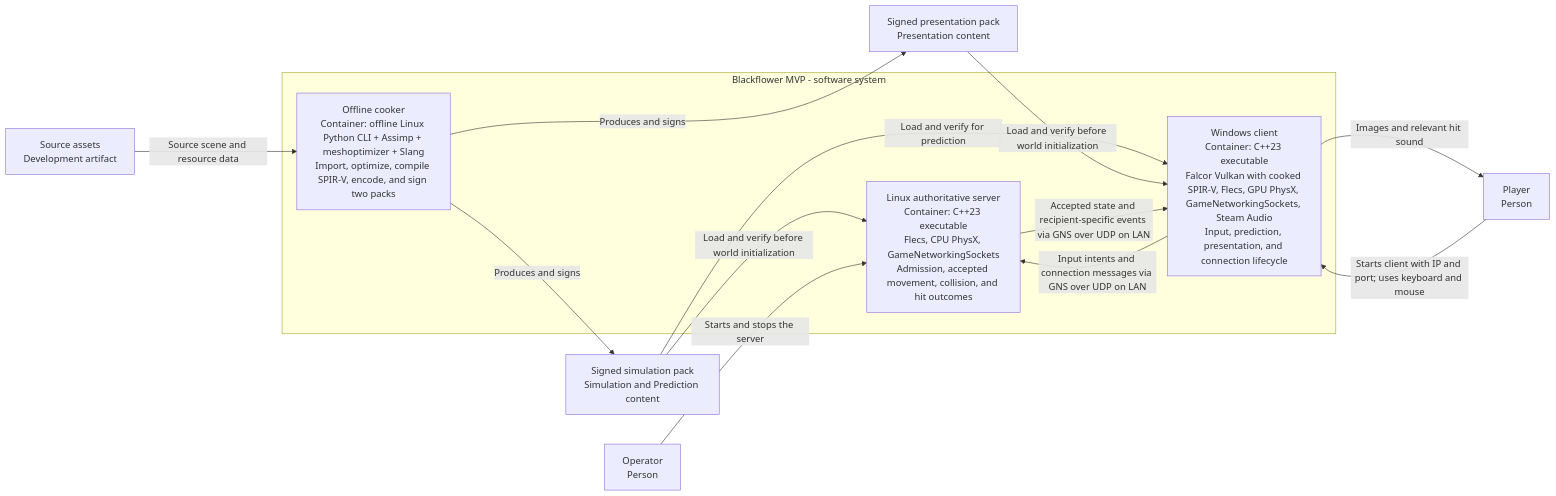
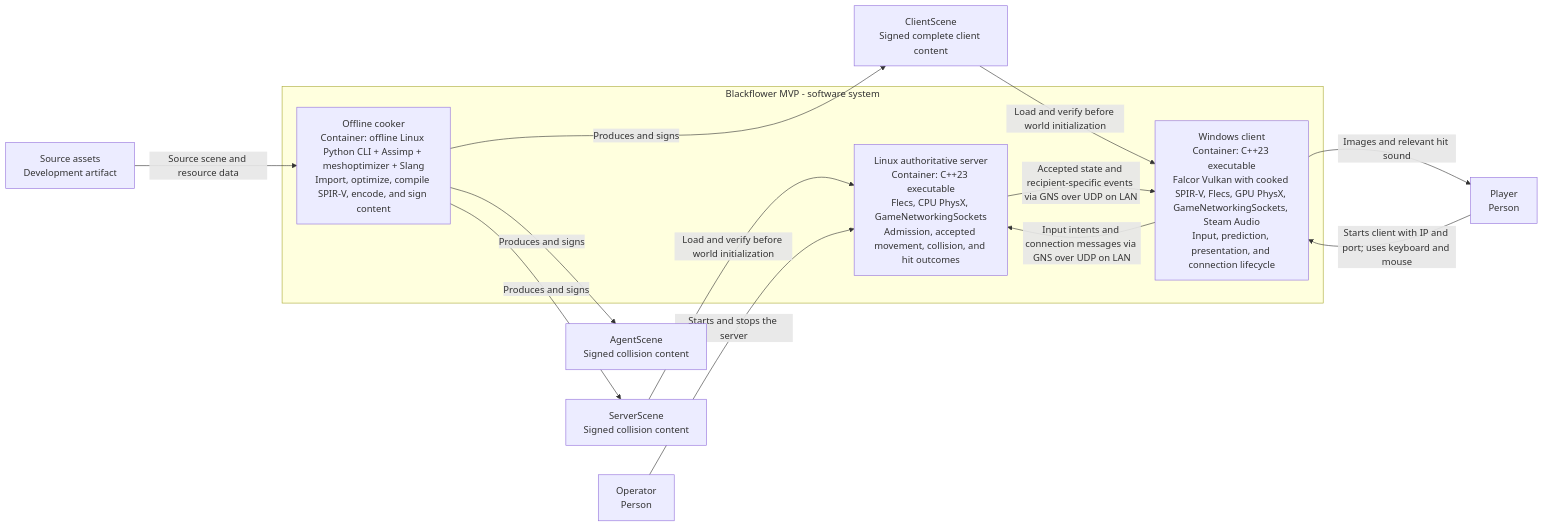
Before and after one commit to sergioffpc/blackflower: the second of 5 diagrams in docs/c4.md, drawn with Mermaid. The commit also changed other lines of this file and 35 other files, not shown here.

First line of the commit message:
feat(content)!: introduce typed server agent and client scenes

````diff
--- a/docs/c4.md
+++ b/docs/c4.md
@@ -56,24 +56,25 @@
 ```mermaid
 flowchart LR
     operator["Operator<br/>Person"]
     player["Player<br/>Person"]
     source["Source assets<br/>Development artifact"]
-    presentationPack["Signed presentation pack<br/>Presentation content"]
-    simulationPack["Signed simulation pack<br/>Simulation and Prediction content"]
+    serverScene["ServerScene<br/>Signed collision content"]
+    agentScene["AgentScene<br/>Signed collision content"]
+    clientScene["ClientScene<br/>Signed complete client content"]
     subgraph blackflower["Blackflower MVP - software system"]
-        cooker["Offline cooker<br/>Container: offline Linux Python CLI + Assimp + meshoptimizer + Slang<br/>Import, optimize, compile SPIR-V, encode, and sign two packs"]
+        cooker["Offline cooker<br/>Container: offline Linux Python CLI + Assimp + meshoptimizer + Slang<br/>Import, optimize, compile SPIR-V, encode, and sign content"]
         client["Windows client<br/>Container: C++23 executable<br/>Falcor Vulkan with cooked SPIR-V, Flecs, GPU PhysX, GameNetworkingSockets, Steam Audio<br/>Input, prediction, presentation, and connection lifecycle"]
         server["Linux authoritative server<br/>Container: C++23 executable<br/>Flecs, CPU PhysX, GameNetworkingSockets<br/>Admission, accepted movement, collision, and hit outcomes"]
     end
     source -->|Source scene and resource data| cooker
-    cooker -->|Produces and signs| simulationPack
-    cooker -->|Produces and signs| presentationPack
-    simulationPack -->|Load and verify before world initialization| server
-    simulationPack -->|Load and verify for prediction| client
-    presentationPack -->|Load and verify before world initialization| client
+    cooker -->|Produces and signs| serverScene
+    cooker -->|Produces and signs| agentScene
+    cooker -->|Produces and signs| clientScene
+    serverScene -->|Load and verify before world initialization| server
+    clientScene -->|Load and verify before world initialization| client
     operator -->|Starts and stops the server| server
     player -->|Starts client with IP and port; uses keyboard and mouse| client
     client -->|Input intents and connection messages via GNS over UDP on LAN| server
     server -->|Accepted state and recipient-specific events via GNS over UDP on LAN| client
     client -->|Images and relevant hit sound| player
 ```
````
